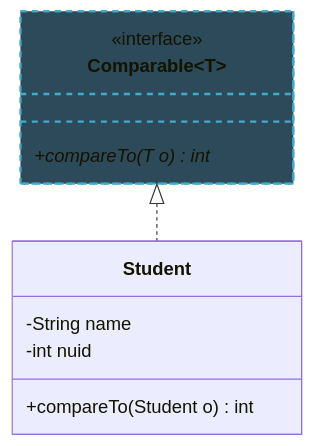
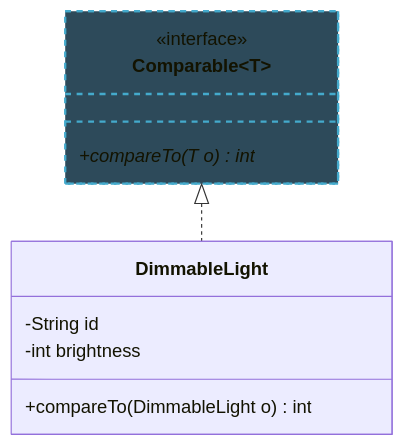
The second of 2 diagrams in lecture-slides-spertus/l4-specs-contracts.mdx (neu-pdi/cs3100-public-resources), drawn with Mermaid before and after one commit. The commit also changed other lines of this file and 9 other files, not shown here.

````diff
--- a/lecture-slides-spertus/l4-specs-contracts.mdx
+++ b/lecture-slides-spertus/l4-specs-contracts.mdx
@@ -2000,14 +2061,14 @@
 ```mermaid
 classDiagram
     class Comparable~T~ {
         <<interface>>
         +compareTo(T o)* int
     }
-    class Student {
-        -String name
-        -int nuid
-        +compareTo(Student o) int
+    class DimmableLight {
+        -String id
+        -int brightness
+        +compareTo(DimmableLight o) int
     }
-    Comparable <|.. Student
+    Comparable <|.. DimmableLight
     style Comparable fill:#2d4a5a,stroke:#4ac,stroke-width:2px,stroke-dasharray: 5 5
 ```
````
